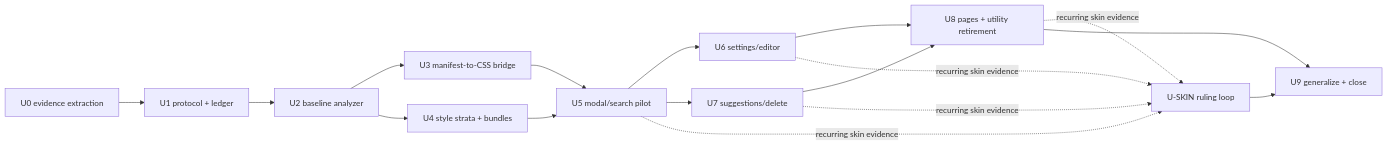
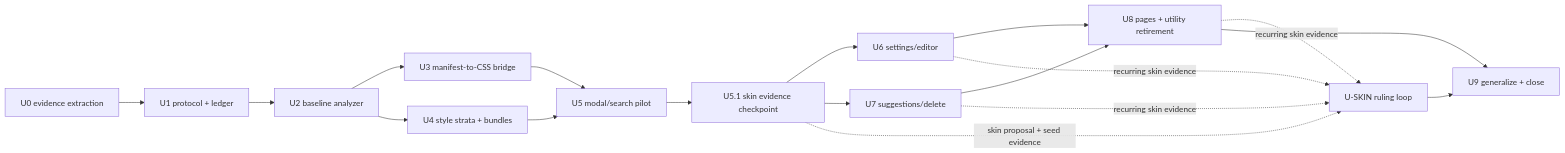
One commit to Jorge-Gonzalez/ermine changed the diagram in docs/Monky-implementation.md. Above: the diagram before and after it, drawn with Mermaid. The commit also changed other lines of this file and 1 other file, not shown here.

Commit message:
docs(adoption): add skin evidence checkpoint

````diff
--- a/docs/Monky-implementation.md
+++ b/docs/Monky-implementation.md
@@ -224,19 +224,20 @@
 ```mermaid
 flowchart LR
   U0[U0 evidence extraction] --> U1[U1 protocol + ledger]
   U1 --> U2[U2 baseline analyzer]
   U2 --> U3[U3 manifest-to-CSS bridge]
   U2 --> U4[U4 style strata + bundles]
   U3 --> U5[U5 modal/search pilot]
   U4 --> U5
-  U5 --> U6[U6 settings/editor]
-  U5 --> U7[U7 suggestions/delete]
+  U5 --> U51[U5.1 skin evidence checkpoint]
+  U51 --> U6[U6 settings/editor]
+  U51 --> U7[U7 suggestions/delete]
   U6 --> U8[U8 pages + utility retirement]
   U7 --> U8
-  U5 -. recurring skin evidence .-> US[U-SKIN ruling loop]
+  U51 -. skin proposal + seed evidence .-> US[U-SKIN ruling loop]
   U6 -. recurring skin evidence .-> US
   U7 -. recurring skin evidence .-> US
   U8 -. recurring skin evidence .-> US
   U8 --> U9[U9 generalize + close]
   US --> U9
 ```
````
